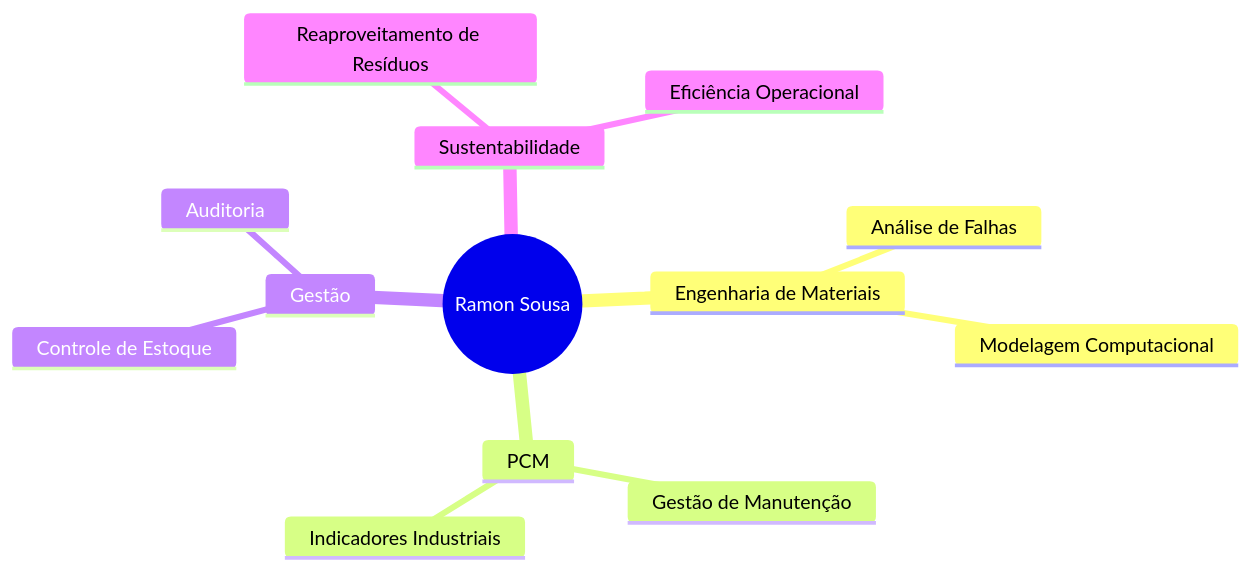
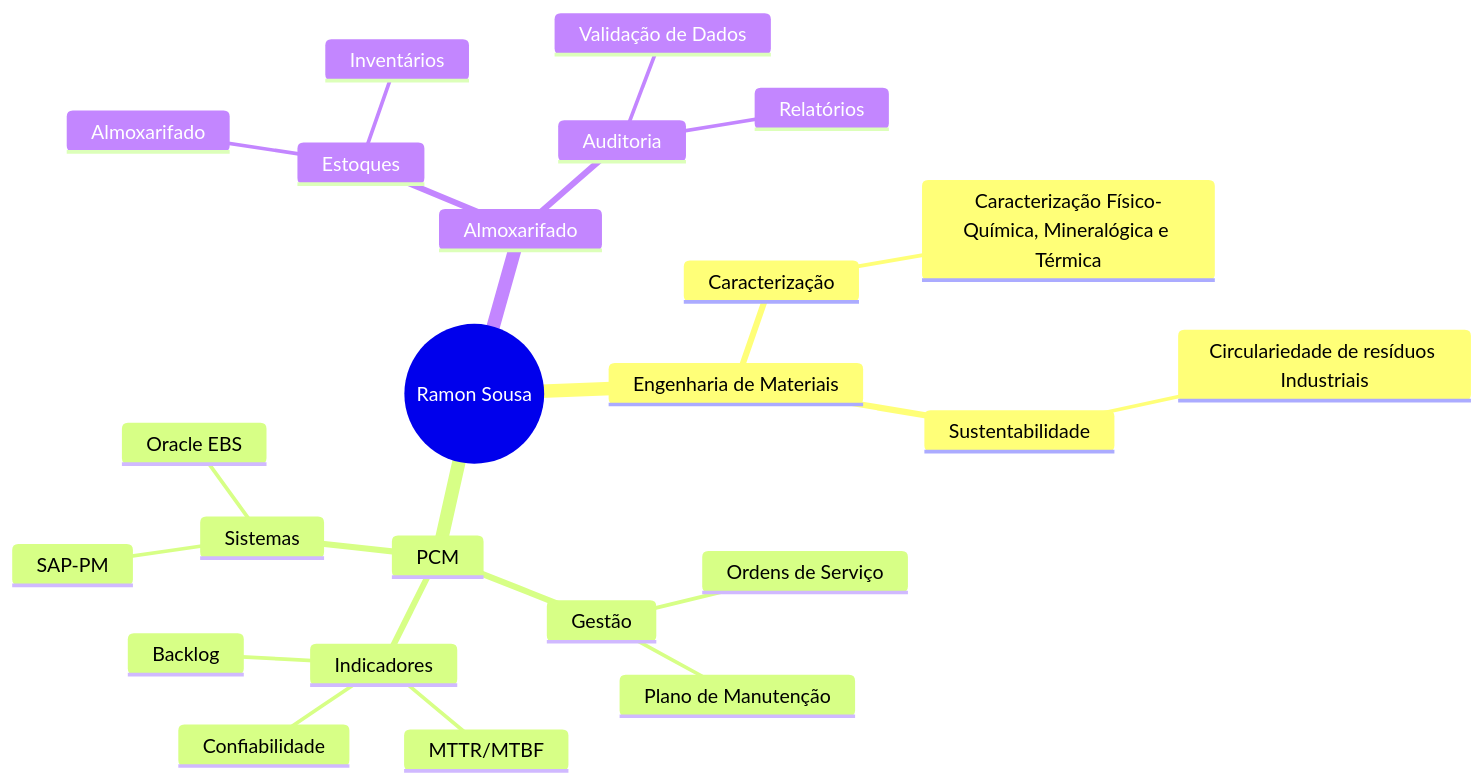
One commit to chili-guy/chili-guy changed the diagram in README.md. Above: the diagram before and after it, drawn with Mermaid. The commit also changed other lines of this file, not shown here.

````diff
--- a/README.md
+++ b/README.md
@@ -124,16 +46,36 @@
 ```mermaid
 mindmap
   root((Ramon Sousa))
+    
+    %% Engenharia de Materiais
     Engenharia de Materiais
-      Análise de Falhas
-      Modelagem Computacional
+      Caracterização
+        Caracterização Físico-Química, Mineralógica e Térmica
+      Sustentabilidade
+        Circulariedade de resíduos Industriais
+
+
+
+    
+    %% PCM
     PCM
-      Gestão de Manutenção
-      Indicadores Industriais
-    Gestão
-      Controle de Estoque
+      Gestão
+        Ordens de Serviço
+        Plano de Manutenção
+      Indicadores
+        MTTR/MTBF
+        Backlog
+        Confiabilidade
+      Sistemas
+        SAP-PM
+        Oracle EBS
+    
+    %% Gestão de Materiais 
+    Almoxarifado
+      Estoques
+        Almoxarifado
+        Inventários
       Auditoria
-    Sustentabilidade
-      Reaproveitamento de Resíduos
-      Eficiência Operacional
+        Validação de Dados
+        Relatórios
 ```
````
